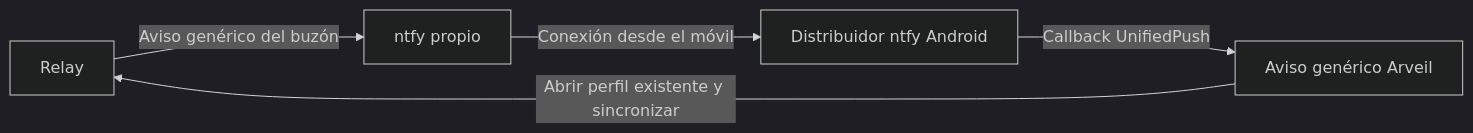
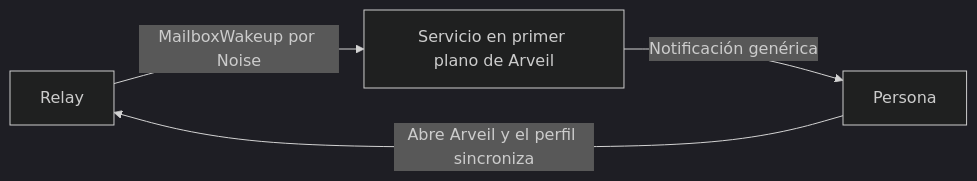
Before and after one commit to Ulzuhan/arveil: the diagram in docs/es/CLIENT_FILES_NOTIFICATIONS.md, drawn with Mermaid (dark theme). The commit also changed other lines of this file and 57 other files, not shown here.

First line of the commit message:
Notices from the relay on Android and macOS; retire ntfy from the app (ADR-014) (#151)

````diff
--- a/docs/es/CLIENT_FILES_NOTIFICATIONS.md
+++ b/docs/es/CLIENT_FILES_NOTIFICATIONS.md
@@ -76,7 +77,6 @@
 ```mermaid
 flowchart LR
-  R[Relay] -->|Aviso genérico del buzón| N[ntfy propio]
-  N -->|Conexión desde el móvil| D[Distribuidor ntfy Android]
-  D -->|Callback UnifiedPush| A[Aviso genérico Arveil]
-  A -->|Abrir perfil existente y sincronizar| R
+  R[Relay] -->|MailboxWakeup por Noise| S[Servicio en primer plano de Arveil]
+  S -->|Notificación genérica| P[Persona]
+  P -->|Abre Arveil y el perfil sincroniza| R
 ```
````
